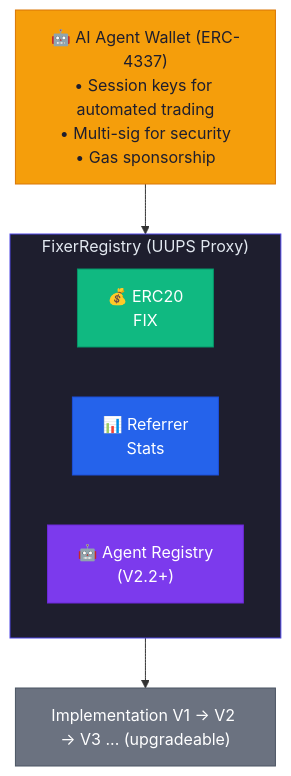
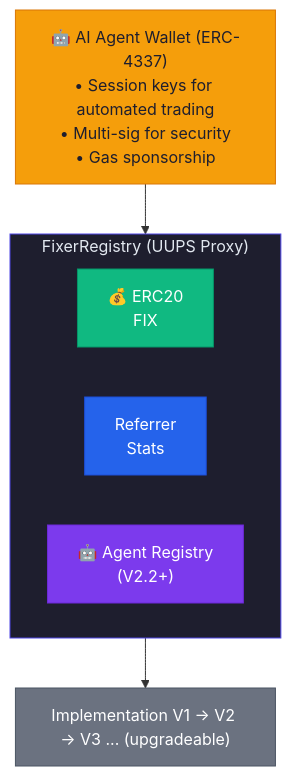
Before and after one commit to guglxni/the-fixer-hook: the second of 3 diagrams in docs/FUTURE_ENHANCEMENTS.md, drawn with Mermaid. The commit also changed other lines of this file and 15 other files, not shown here.

````diff
--- a/docs/FUTURE_ENHANCEMENTS.md
+++ b/docs/FUTURE_ENHANCEMENTS.md
@@ -855,22 +855,22 @@
 ```mermaid
 flowchart TD
     Agent["🤖 AI Agent Wallet (ERC-4337)\n• Session keys for automated trading\n• Multi-sig for security\n• Gas sponsorship"]
     Agent --> Registry
 
     subgraph Registry["FixerRegistry (UUPS Proxy)"]
         direction LR
         ERC20["💰 ERC20\nFIX"]
-        Stats["📊 Referrer\nStats"]
+        Stats["Referrer\nStats"]
         AgentReg["🤖 Agent Registry\n(V2.2+)"]
     end
 
     Upgrade["Implementation V1 → V2 → V3 ... (upgradeable)"]
     Registry --> Upgrade
 
     style Agent fill:#F59E0B,color:#1E1E2E,stroke:#D97706
     style Registry fill:#1E1E2E,color:#E2E8F0,stroke:#4F46E5
     style ERC20 fill:#10B981,color:#FFFFFF,stroke:#059669
     style Stats fill:#2563EB,color:#FFFFFF,stroke:#1D4ED8
     style AgentReg fill:#7C3AED,color:#FFFFFF,stroke:#6D28D9
     style Upgrade fill:#6B7280,color:#FFFFFF,stroke:#4B5563
 ```
````
